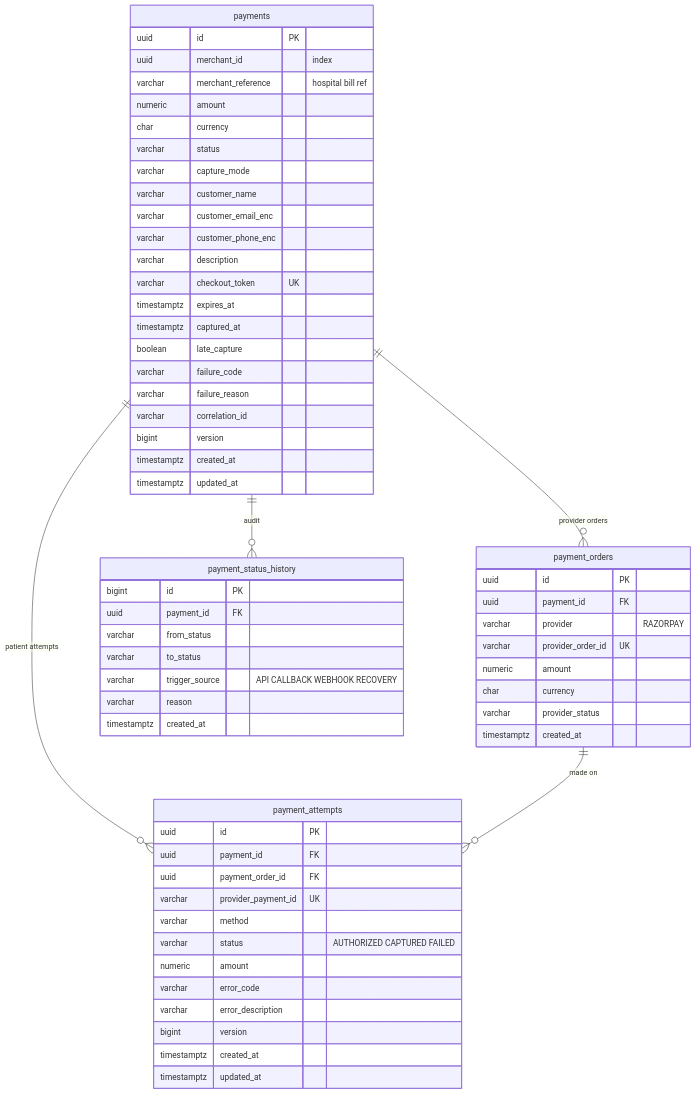
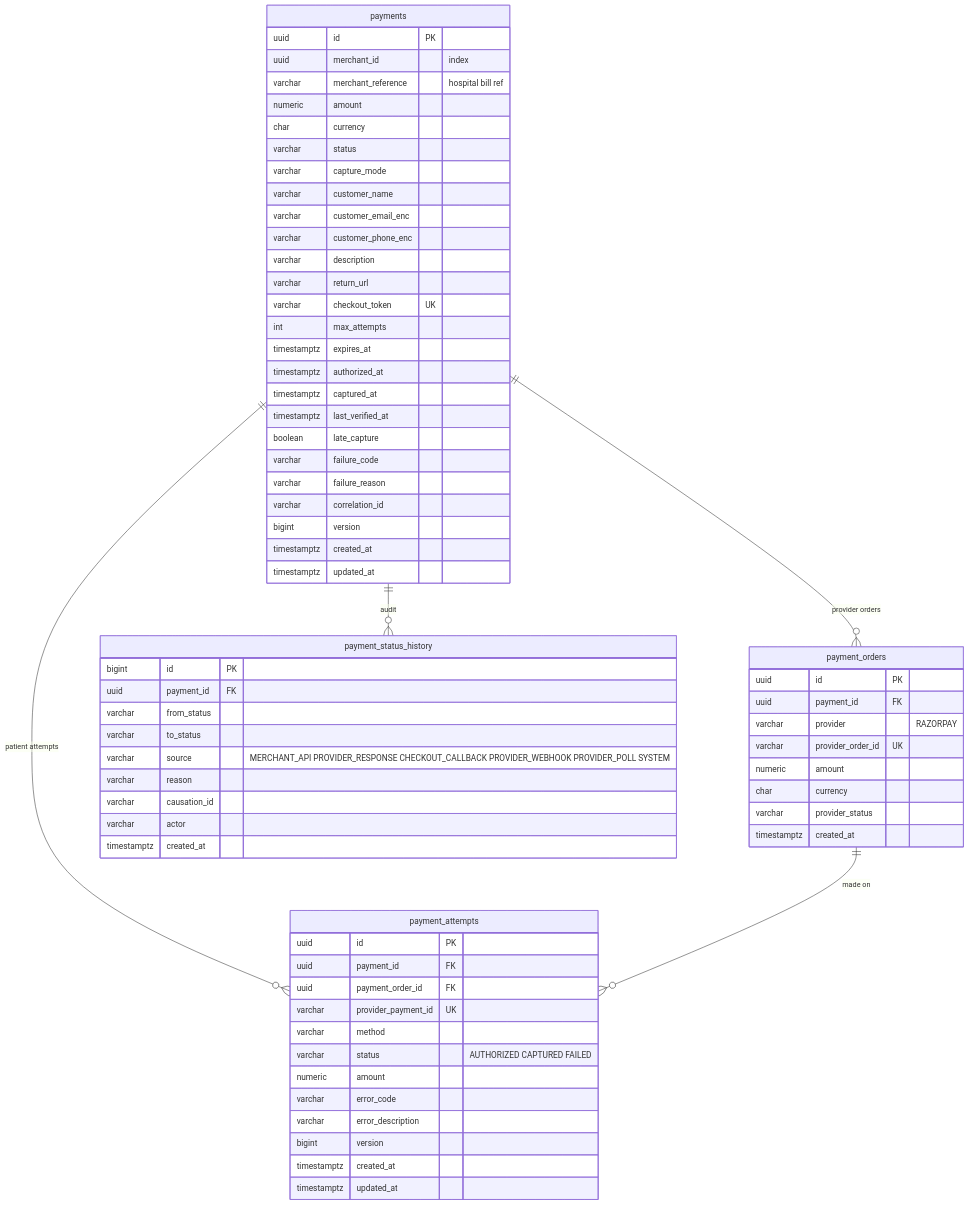
Before and after one commit to deepakgoli9640/docflow: the second of 6 diagrams in docs/07-data-model.md, drawn with Mermaid. The commit also changed other lines of this file and 128 other files, not shown here.

````diff
--- a/docs/07-data-model.md
+++ b/docs/07-data-model.md
@@ -89,64 +89,70 @@
 ```mermaid
 erDiagram
     payments ||--o{ payment_orders : "provider orders"
     payments ||--o{ payment_attempts : "patient attempts"
     payment_orders ||--o{ payment_attempts : "made on"
     payments ||--o{ payment_status_history : audit
 
     payments {
         uuid id PK
         uuid merchant_id "index"
         varchar merchant_reference "hospital bill ref"
         numeric amount
         char currency
         varchar status
         varchar capture_mode
         varchar customer_name
         varchar customer_email_enc
         varchar customer_phone_enc
         varchar description
+        varchar return_url
         varchar checkout_token UK
+        int max_attempts
         timestamptz expires_at
+        timestamptz authorized_at
         timestamptz captured_at
+        timestamptz last_verified_at
         boolean late_capture
         varchar failure_code
         varchar failure_reason
         varchar correlation_id
         bigint version
         timestamptz created_at
         timestamptz updated_at
     }
     payment_orders {
         uuid id PK
         uuid payment_id FK
         varchar provider "RAZORPAY"
         varchar provider_order_id UK
         numeric amount
         char currency
         varchar provider_status
         timestamptz created_at
     }
     payment_attempts {
         uuid id PK
         uuid payment_id FK
         uuid payment_order_id FK
         varchar provider_payment_id UK
         varchar method
         varchar status "AUTHORIZED CAPTURED FAILED"
         numeric amount
         varchar error_code
         varchar error_description
         bigint version
         timestamptz created_at
         timestamptz updated_at
     }
     payment_status_history {
         bigint id PK
         uuid payment_id FK
         varchar from_status
         varchar to_status
-        varchar trigger_source "API CALLBACK WEBHOOK RECOVERY"
+        varchar source "MERCHANT_API PROVIDER_RESPONSE CHECKOUT_CALLBACK PROVIDER_WEBHOOK PROVIDER_POLL SYSTEM"
         varchar reason
+        varchar causation_id
+        varchar actor
         timestamptz created_at
     }
 ```
````
